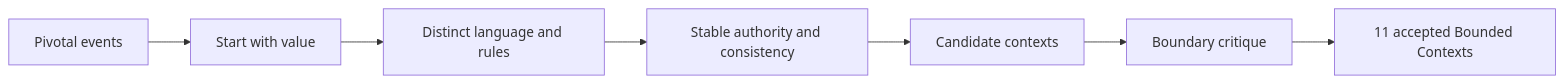
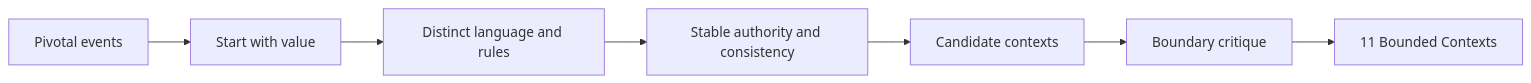
The diagram in report/02-requirements-and-software-solution-design/2.5-strategic-level-domain-driven-design/2.5.1-eventstorming/2.5.1.1-candidate-context-discovery.md (nexa-suite/mobile-report), drawn with Mermaid before and after one commit. The commit also changed other lines of this file and 7 other files, not shown here.

```diff
--- a/report/02-requirements-and-software-solution-design/2.5-strategic-level-domain-driven-design/2.5.1-eventstorming/2.5.1.1-candidate-context-discovery.md
+++ b/report/02-requirements-and-software-solution-design/2.5-strategic-level-domain-driven-design/2.5.1-eventstorming/2.5.1.1-candidate-context-discovery.md
@@ -22,9 +22,9 @@
 ~~~mermaid
 flowchart LR
   pivots["Pivotal events"] --> value["Start with value"]
   value --> language["Distinct language and rules"]
   language --> authority["Stable authority and consistency"]
   authority --> candidates["Candidate contexts"]
   candidates --> critique["Boundary critique"]
-  critique --> frozen["11 accepted Bounded Contexts"]
+  critique --> frozen["11 Bounded Contexts"]
 ~~~
```
